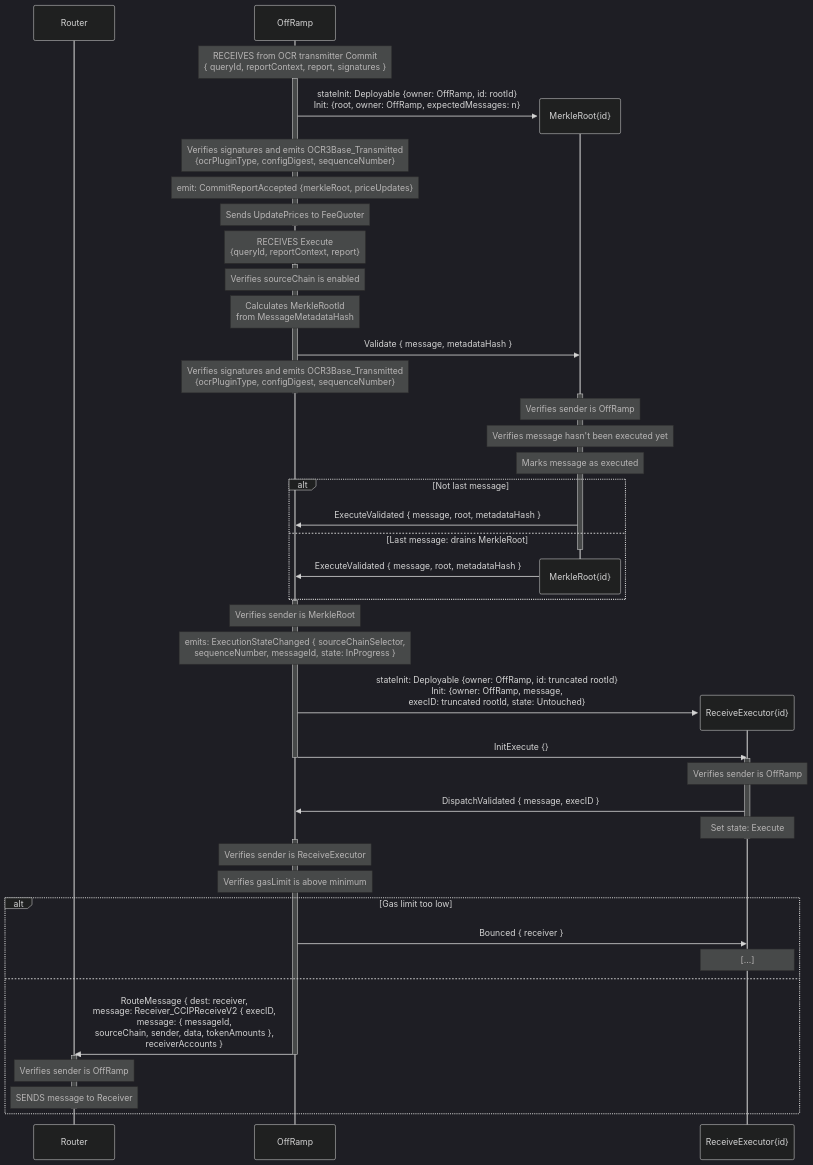
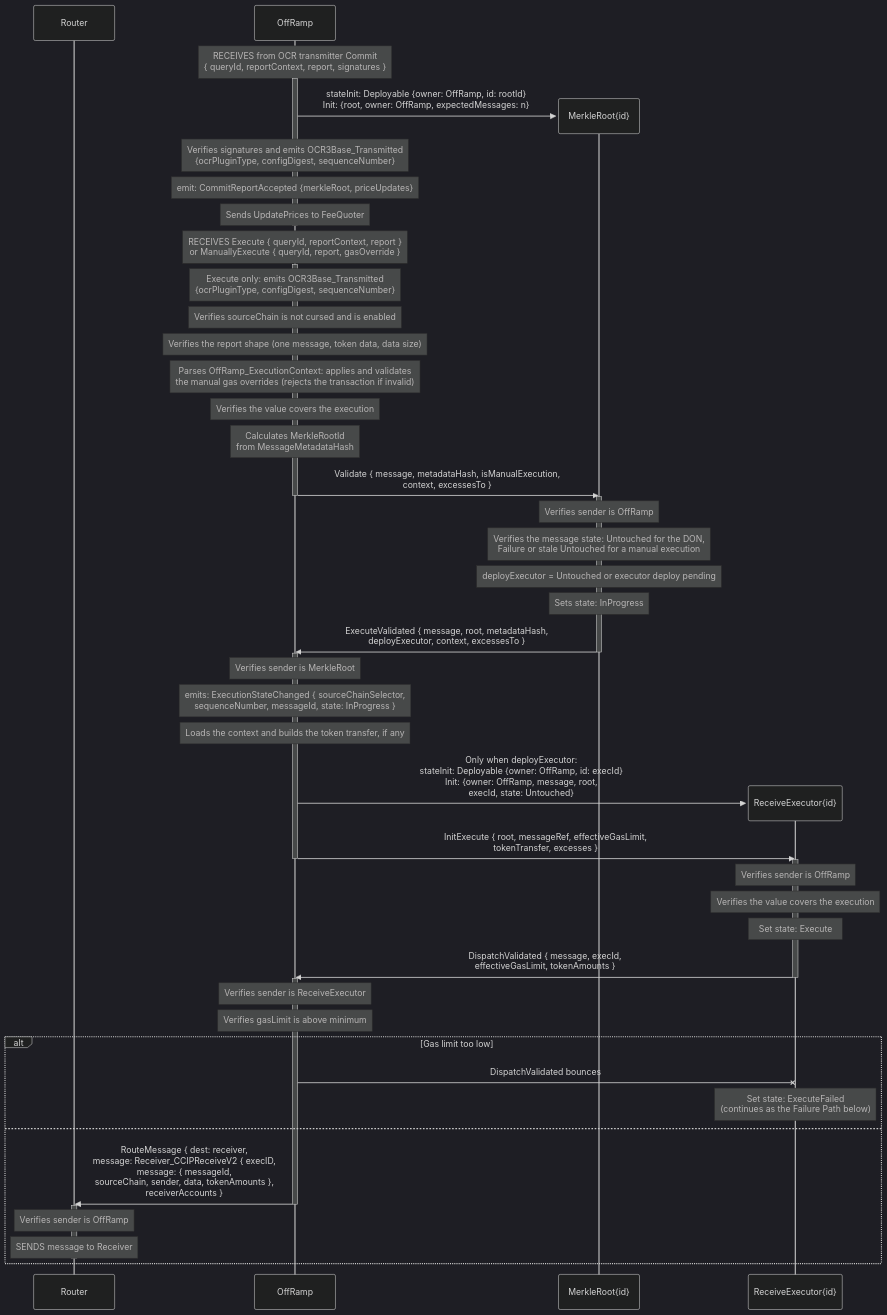
One commit to smartcontractkit/chainlink-ton changed the second of 7 diagrams in docs/contracts/overview/ccip/offramp/arbitrary-msg.md. Above: the diagram before and after it, drawn with Mermaid (dark theme). The commit also changed other lines of this file and 32 other files, not shown here.

First line of the commit message:
[NONEVM-6819] FIX OffRamp should emit ExecutionStateChanged only after MerkleRoot_ExecutionStateChanged (#992)

````diff
--- a/docs/contracts/overview/ccip/offramp/arbitrary-msg.md
+++ b/docs/contracts/overview/ccip/offramp/arbitrary-msg.md
@@ -33,80 +33,80 @@
 ```mermaid
 sequenceDiagram
     participant R as Router
     participant OR as OffRamp
 
-    
-    
+
+
     Note over OR: RECEIVES from OCR transmitter Commit<br>{ queryId, reportContext, report, signatures }
     activate OR
 
     create participant MR as MerkleRoot{id}
     OR ->> MR: stateInit: Deployable {owner: OffRamp, id: rootId}<br>Init: {root, owner: OffRamp, expectedMessages: n}
-    
+
     Note over OR: Verifies signatures and emits OCR3Base_Transmitted<br>{ocrPluginType, configDigest, sequenceNumber}
     Note over OR: emit: CommitReportAccepted {merkleRoot, priceUpdates}
     Note over OR: Sends UpdatePrices to FeeQuoter
     deactivate OR
- 
-    Note over OR: RECEIVES Execute<br>{queryId, reportContext, report}
+
+    Note over OR: RECEIVES Execute { queryId, reportContext, report }<br>or ManuallyExecute { queryId, report, gasOverride }
     activate OR
-    Note over OR: Verifies sourceChain is enabled
+    Note over OR: Execute only: emits OCR3Base_Transmitted<br>{ocrPluginType, configDigest, sequenceNumber}
+    Note over OR: Verifies sourceChain is not cursed and is enabled
+    Note over OR: Verifies the report shape (one message, token data, data size)
+    Note over OR: Parses OffRamp_ExecutionContext: applies and validates<br>the manual gas overrides (rejects the transaction if invalid)
+    Note over OR: Verifies the value covers the execution
     Note over OR: Calculates MerkleRootId<br>from MessageMetadataHash
 
-    OR ->> MR: Validate { message, metadataHash }
-
-    Note over OR: Verifies signatures and emits OCR3Base_Transmitted<br>{ocrPluginType, configDigest, sequenceNumber}
+    OR ->> MR: Validate { message, metadataHash, isManualExecution,<br>context, excessesTo }
     deactivate OR
 
     activate MR
 
     Note over MR: Verifies sender is OffRamp
-    Note over MR: Verifies message hasn't been executed yet
-    Note over MR: Marks message as executed
+    Note over MR: Verifies the message state: Untouched for the DON,<br>Failure or stale Untouched for a manual execution
+    Note over MR: deployExecutor = Untouched or executor deploy pending
+    Note over MR: Sets state: InProgress
 
-    
-    alt Not last message
-    MR ->> OR: ExecuteValidated { message, root, metadataHash }
-    else Last message: drains MerkleRoot
+    MR ->> OR: ExecuteValidated { message, root, metadataHash,<br>deployExecutor, context, excessesTo }
     deactivate MR
-    destroy MR
-    MR ->> OR: ExecuteValidated { message, root, metadataHash }
-    end
 
     activate OR
     Note over OR: Verifies sender is MerkleRoot
     Note over OR: emits: ExecutionStateChanged { sourceChainSelector,<br>sequenceNumber, messageId, state: InProgress }
+    Note over OR: Loads the context and builds the token transfer, if any
+
     create participant RE as ReceiveExecutor{id}
-    OR ->> RE: stateInit: Deployable {owner: OffRamp, id: truncated rootId}<br>Init: {owner: OffRamp, message,<br>execID: truncated rootId, state: Untouched}
-    OR ->> RE: InitExecute {}
+    OR ->> RE: Only when deployExecutor:<br>stateInit: Deployable {owner: OffRamp, id: execId}<br>Init: {owner: OffRamp, message, root,<br>execId, state: Untouched}
+    OR ->> RE: InitExecute { root, messageRef, effectiveGasLimit,<br>tokenTransfer, excesses }
     deactivate OR
 
 
 
     activate RE
     Note over RE: Verifies sender is OffRamp
-    RE ->> OR: DispatchValidated { message, execID }
+    Note over RE: Verifies the value covers the execution
     Note over RE: Set state: Execute
+    RE ->> OR: DispatchValidated { message, execId,<br>effectiveGasLimit, tokenAmounts }
     deactivate RE
 
 
 
     activate OR
     Note over OR: Verifies sender is ReceiveExecutor
     Note over OR: Verifies gasLimit is above minimum
     alt Gas limit too low
-    OR ->> RE: Bounced { receiver }
-    Note over RE: [...]
+    OR -x RE: DispatchValidated bounces
+    Note over RE: Set state: ExecuteFailed<br>(continues as the Failure Path below)
     else
 
     OR ->> R: RouteMessage { dest: receiver,<br>message: Receiver_CCIPReceiveV2 { execID,<br>message: { messageId,<br>sourceChain, sender, data, tokenAmounts },<br>receiverAccounts }
     deactivate OR
 
 
 
     activate R
     Note over R: Verifies sender is OffRamp
     Note over R: SENDS message to Receiver
     deactivate R
     end
 ```
````
